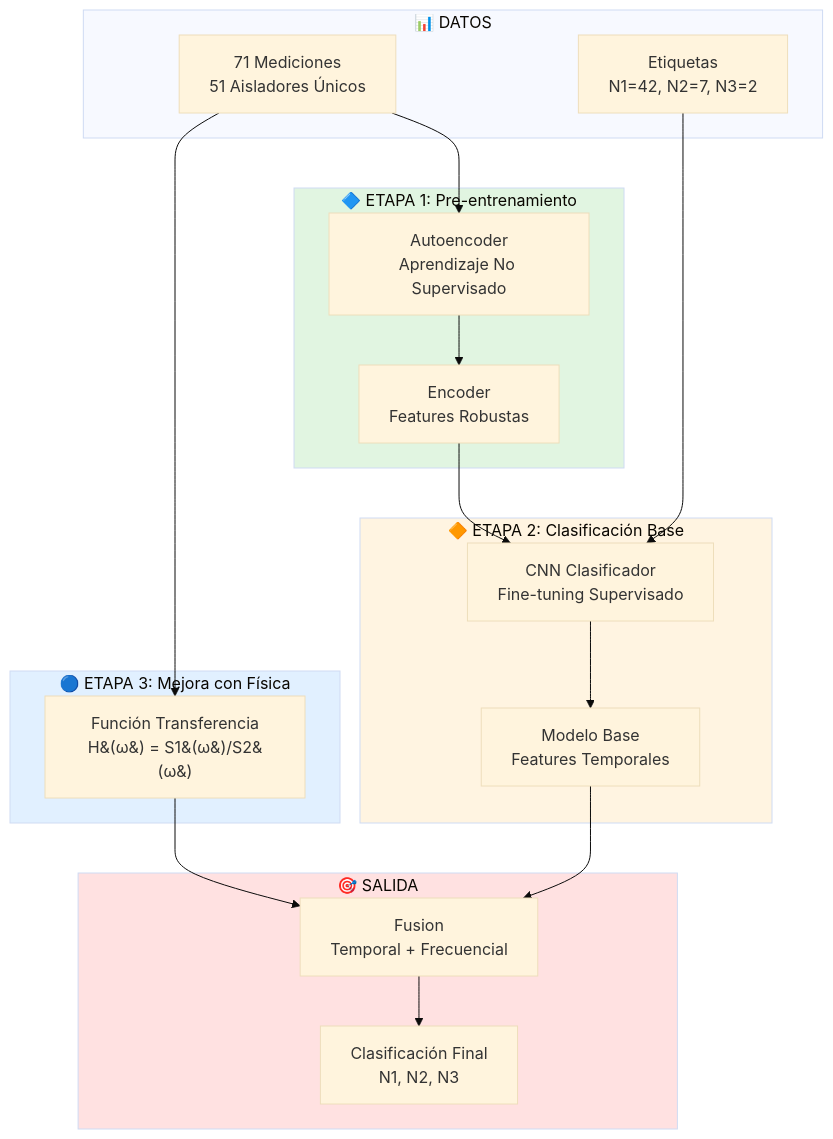
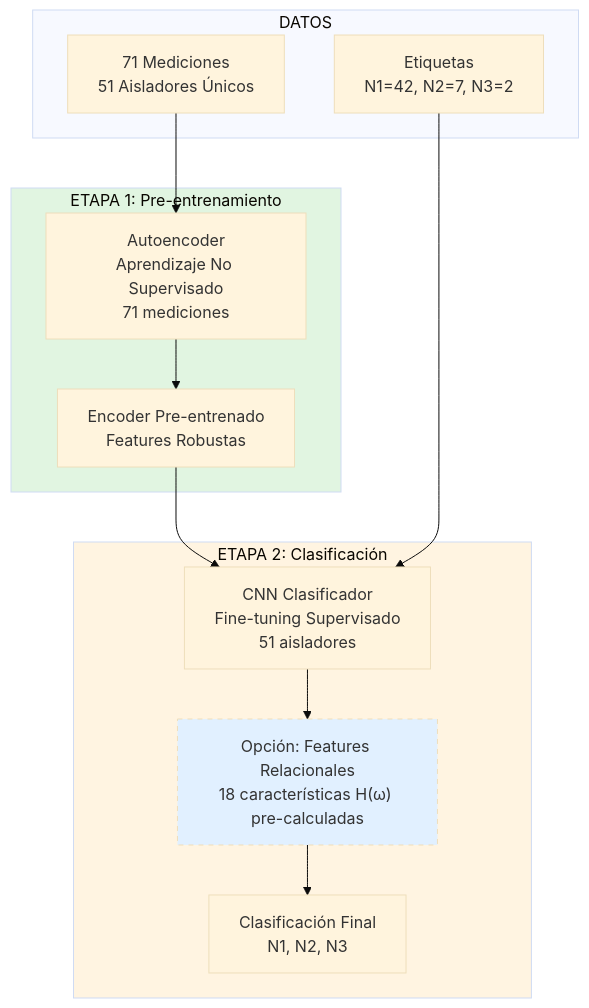
One commit to giansmart/deepsolation changed the first of 4 diagrams in PROPUESTA_CNN_ARQUITECTURA.md. Above: the diagram before and after it, drawn with Mermaid (base theme). The commit also changed other lines of this file, not shown here.

Commit message:
simplifying architecture

````diff
--- a/PROPUESTA_CNN_ARQUITECTURA.md
+++ b/PROPUESTA_CNN_ARQUITECTURA.md
@@ -251,41 +253,29 @@
 ```mermaid
 graph TB
-    subgraph Datos["📊 DATOS"]
-        A[71 Mediciones<br/>51 Aisladores Únicos]
-        B[Etiquetas<br/>N1=42, N2=7, N3=2]
+    subgraph Datos["DATOS"]
+        A["71 Mediciones<br/>51 Aisladores Únicos"]
+        B["Etiquetas<br/>N1=42, N2=7, N3=2"]
     end
 
-    subgraph Stage1["🔷 ETAPA 1: Pre-entrenamiento"]
-        D[Autoencoder<br/>Aprendizaje No Supervisado]
-        E[Encoder<br/>Features Robustas]
+    subgraph Stage1["ETAPA 1: Pre-entrenamiento"]
+        D["Autoencoder<br/>Aprendizaje No Supervisado<br/>71 mediciones"]
+        E["Encoder Pre-entrenado<br/>Features Robustas"]
     end
 
-    subgraph Stage2["🔶 ETAPA 2: Clasificación Base"]
-        F[CNN Clasificador<br/>Fine-tuning Supervisado]
-        G[Modelo Base<br/>Features Temporales]
-    end
-
-    subgraph Stage3["🔵 ETAPA 3: Mejora con Física"]
-        H[Función Transferencia<br/>H&#40;ω&#41; = S1&#40;ω&#41;/S2&#40;ω&#41;]
-    end
-
-    subgraph Output["🎯 SALIDA"]
-        I[Fusion<br/>Temporal + Frecuencial]
-        J[Clasificación Final<br/>N1, N2, N3]
+    subgraph Stage2["ETAPA 2: Clasificación"]
+        F["CNN Clasificador<br/>Fine-tuning Supervisado<br/>51 aisladores"]
+        G["Opción: Features Relacionales<br/>18 características H(ω) pre-calculadas"]
+        H["Clasificación Final<br/>N1, N2, N3"]
     end
 
     A --> D
     D --> E
     E --> F
     B --> F
     F --> G
-    G --> I
-    A --> H
-    H --> I
-    I --> J
+    G --> H
 
     style Stage1 fill:#e1f5e1
     style Stage2 fill:#fff4e1
-    style Stage3 fill:#e1f0ff
-    style Output fill:#ffe1e1
+    style G fill:#e1f0ff,stroke-dasharray: 5 5
 ```
````
